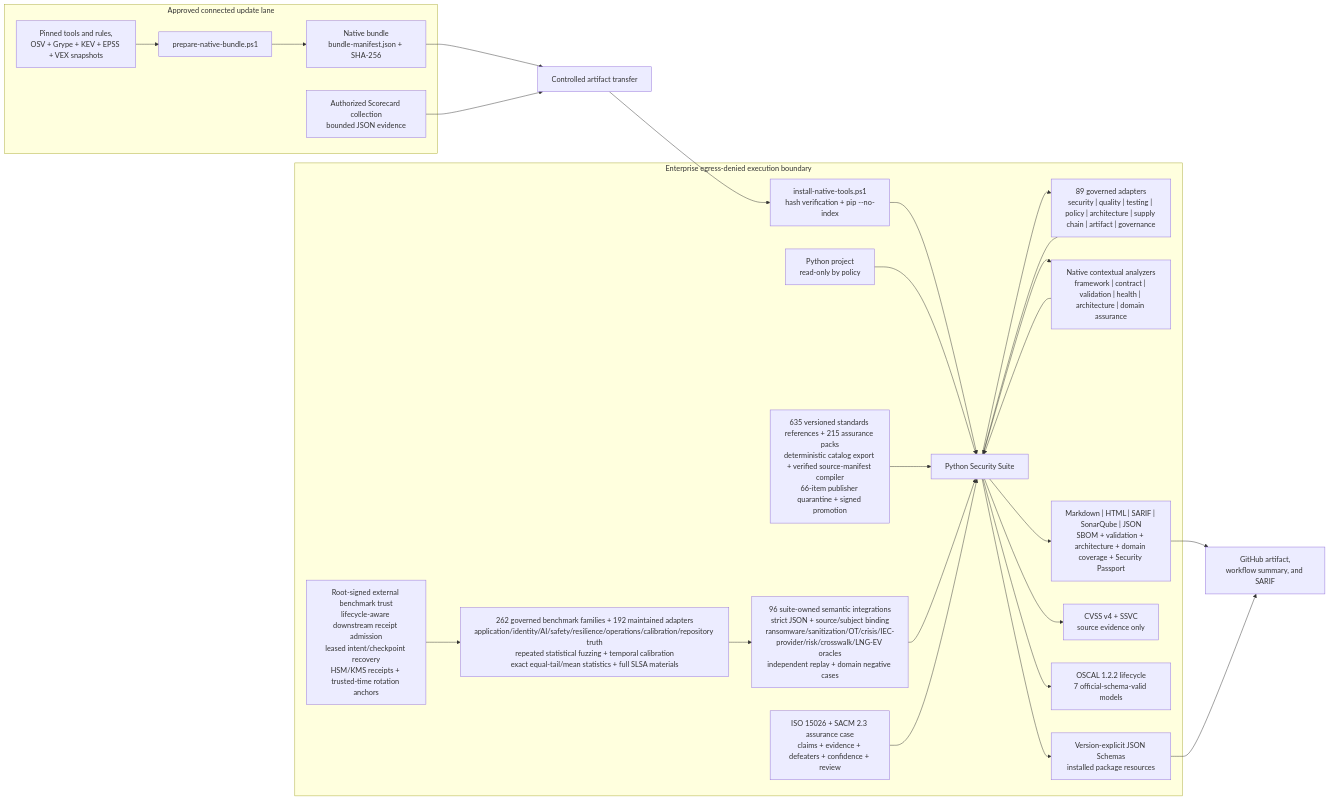
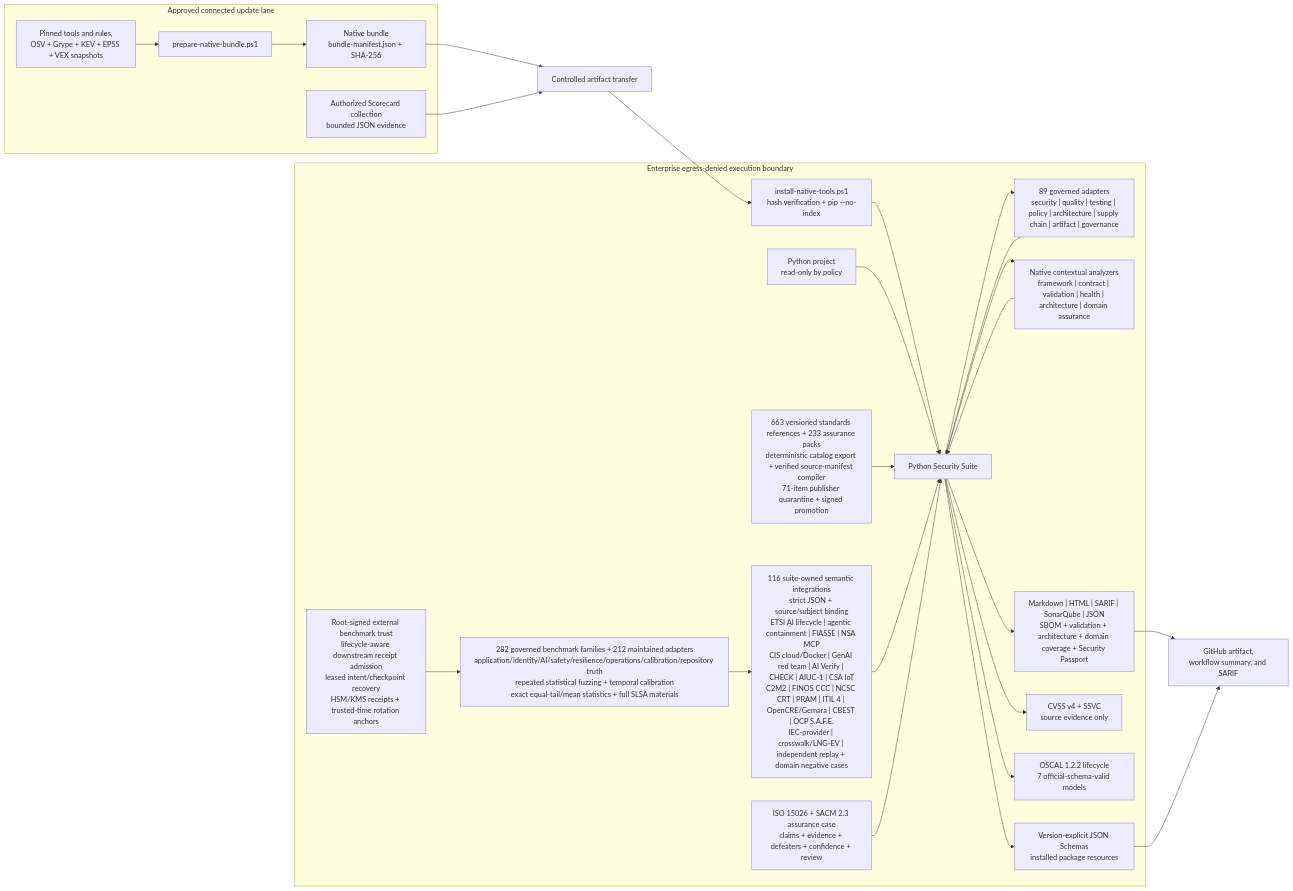
The first of 20 diagrams in docs/design.md (willtran87/project-py-security-suite), drawn with Mermaid before and after one commit. The commit also changed 37 other files, not shown here.

First line of the commit message:
Expand industry assurance and AI security benchmarks (#23)

````diff
--- a/docs/design.md
+++ b/docs/design.md
@@ -29,50 +29,50 @@
 ```mermaid
 flowchart LR
     subgraph Connected["Approved connected update lane"]
         Prep["prepare-native-bundle.ps1"]
         Sources["Pinned tools and rules,<br/>OSV + Grype + KEV + EPSS + VEX snapshots"]
         ScorecardCollect["Authorized Scorecard collection<br/>bounded JSON evidence"]
         Bundle["Native bundle<br/>bundle-manifest.json + SHA-256"]
         Sources --> Prep --> Bundle
     end
 
     Transfer["Controlled artifact transfer"]
 
     subgraph Boundary["Enterprise egress-denied execution boundary"]
         Install["install-native-tools.ps1<br/>hash verification + pip --no-index"]
         Project["Python project<br/>read-only by policy"]
         Suite["Python Security Suite"]
         Scanners["89 governed adapters<br/>security | quality | testing | policy | architecture | supply chain | artifact | governance"]
         Analyzers["Native contextual analyzers<br/>framework | contract | validation | health | architecture | domain assurance"]
         Reports["Markdown | HTML | SARIF | SonarQube | JSON<br/>SBOM + validation + architecture + domain coverage + Security Passport"]
-        Standards["635 versioned standards references + 215 assurance packs<br/>deterministic catalog export + verified source-manifest compiler<br/>66-item publisher quarantine + signed promotion"]
-        Benchmarks["262 governed benchmark families + 192 maintained adapters<br/>application/identity/AI/safety/resilience/operations/calibration/repository truth<br/>repeated statistical fuzzing + temporal calibration<br/>exact equal-tail/mean statistics + full SLSA materials"]
-        ExtensionEvidence["96 suite-owned semantic integrations<br/>strict JSON + source/subject binding<br/>ransomware/sanitization/OT/crisis/IEC-provider/risk/crosswalk/LNG-EV oracles<br/>independent replay + domain negative cases"]
+        Standards["663 versioned standards references + 233 assurance packs<br/>deterministic catalog export + verified source-manifest compiler<br/>71-item publisher quarantine + signed promotion"]
+        Benchmarks["282 governed benchmark families + 212 maintained adapters<br/>application/identity/AI/safety/resilience/operations/calibration/repository truth<br/>repeated statistical fuzzing + temporal calibration<br/>exact equal-tail/mean statistics + full SLSA materials"]
+        ExtensionEvidence["116 suite-owned semantic integrations<br/>strict JSON + source/subject binding<br/>ETSI AI lifecycle | agentic containment | FIASSE | NSA MCP<br/>CIS cloud/Docker | GenAI red team | AI Verify | CHECK | AIUC-1 | CSA IoT<br/>C2M2 | FINOS CCC | NCSC CRT | PRAM | ITIL 4 | OpenCRE/Gemara | CBEST | OCP S.A.F.E.<br/>IEC-provider | crosswalk/LNG-EV | independent replay + domain negative cases"]
         BenchmarkTrust["Root-signed external benchmark trust<br/>lifecycle-aware downstream receipt admission<br/>leased intent/checkpoint recovery<br/>HSM/KMS receipts + trusted-time rotation anchors"]
         AssuranceCase["ISO 15026 + SACM 2.3 assurance case<br/>claims + evidence + defeaters + confidence + review"]
         Priority["CVSS v4 + SSVC<br/>source evidence only"]
         OSCAL["OSCAL 1.2.2 lifecycle<br/>7 official-schema-valid models"]
         Contracts["Version-explicit JSON Schemas<br/>installed package resources"]
         Install --> Suite
         Project --> Suite
         Suite --> Scanners
         Scanners --> Suite
         Suite --> Analyzers
         Analyzers --> Suite
         Standards --> Suite
         Benchmarks --> ExtensionEvidence --> Suite
         BenchmarkTrust --> Benchmarks
         AssuranceCase --> Suite
         Suite --> Priority
         Suite --> OSCAL
         Suite --> Reports
         Suite --> Contracts
     end
 
     GitHub["GitHub artifact,<br/>workflow summary, and SARIF"]
 
     Bundle --> Transfer --> Install
     ScorecardCollect --> Transfer
     Reports --> GitHub
     Contracts --> GitHub
 ```
````
